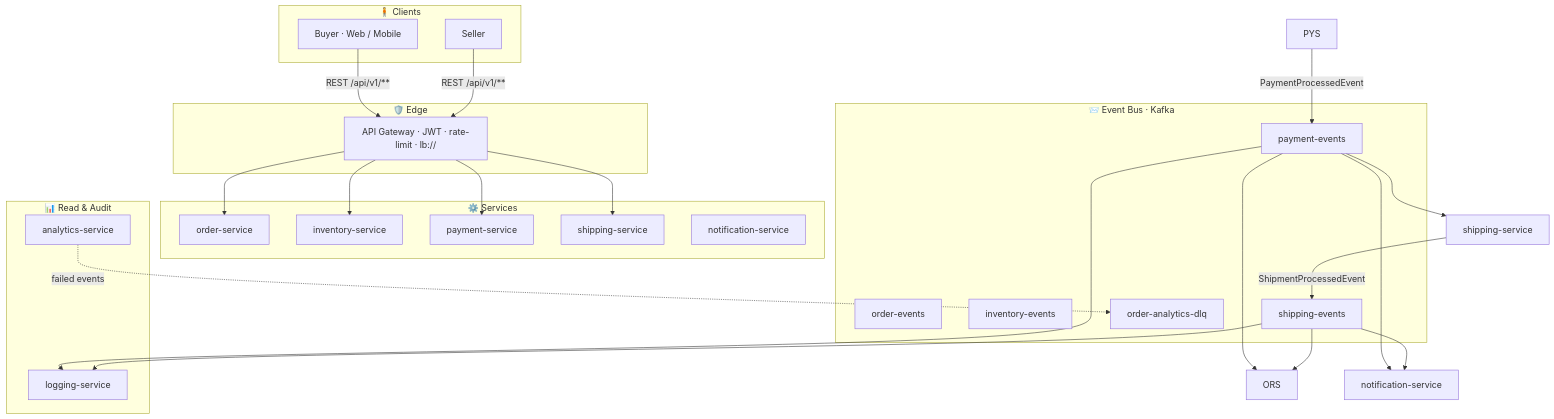
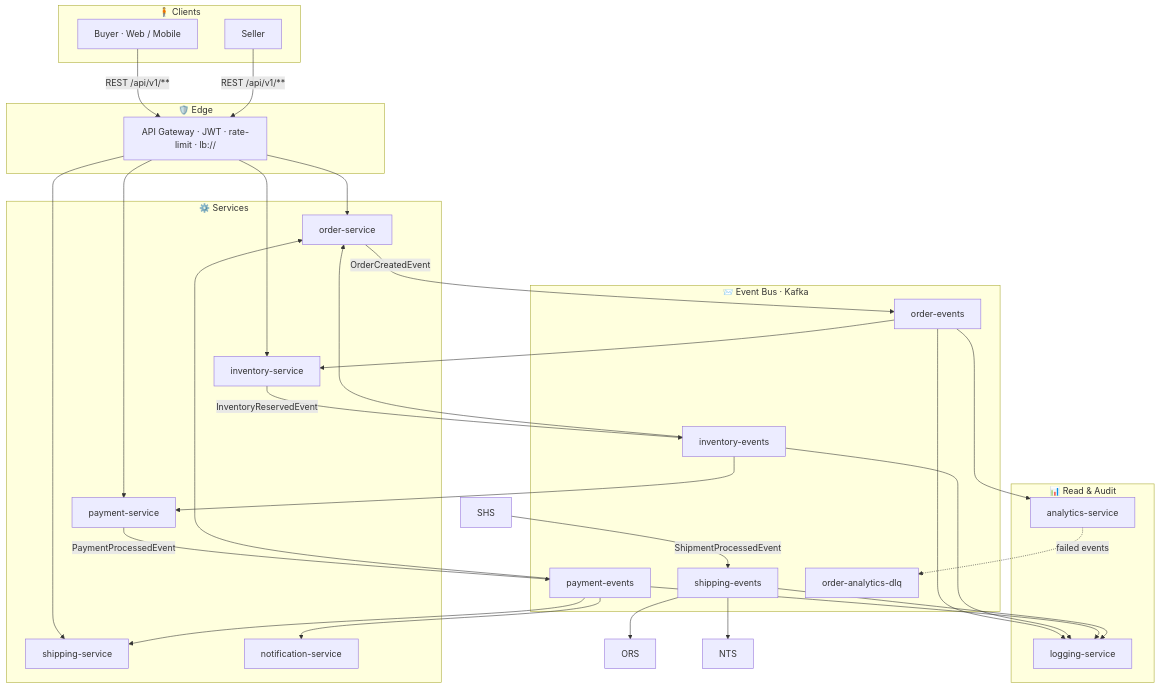
The second of 3 diagrams in README.md (zexxitywave/EventDrivenMesh), drawn with Mermaid before and after one commit.

Commit message:
docs(readme): redraw the saga event chain over Kafka topics

````diff
--- a/README.md
+++ b/README.md
@@ -209,50 +209,53 @@
 ```mermaid
 flowchart TB
 
     subgraph CLIENTS["🧍 Clients"]
         BUYER["Buyer · Web / Mobile"]
         SELLER["Seller"]
     end
 
     subgraph EDGE["🛡️ Edge"]
         GW["API Gateway · JWT · rate-limit · lb://"]
     end
 
     subgraph SVC["⚙️ Services"]
         ORD["order-service"]
         INV["inventory-service"]
         PAY["payment-service"]
         SHP["shipping-service"]
         NOT["notification-service"]
     end
 
     subgraph BUS["📨 Event Bus · Kafka"]
         OE["order-events"]
         IE["inventory-events"]
         PE["payment-events"]
         SE["shipping-events"]
         DLQ["order-analytics-dlq"]
     end
 
     subgraph OBS["📊 Read & Audit"]
         ANS["analytics-service"]
         LGS["logging-service"]
     end
 
     BUYER -- REST /api/v1/** --> GW
     SELLER -- REST /api/v1/** --> GW
     GW --> ORD & INV & PAY & SHP
 
-    PYS -->|PaymentProcessedEvent| PE[payment-events]
-    PE --> ORS
-    PE --> SHS[shipping-service]
-    PE --> NTS[notification-service]
-    PE --> LGS
+    ORD -- OrderCreatedEvent --> OE
+    OE --> INV & ANS & LGS
+
+    INV -- InventoryReservedEvent --> IE
+    IE --> ORD & PAY & LGS
+
+    PAY -- PaymentProcessedEvent --> PE
+    PE --> ORD & SHP & NOT & LGS
 
     SHS -->|ShipmentProcessedEvent| SE[shipping-events]
     SE --> ORS
     SE --> NTS
     SE --> LGS
 
     ANS -.failed events.-> DLQ[order-analytics-dlq]
 ```
````
